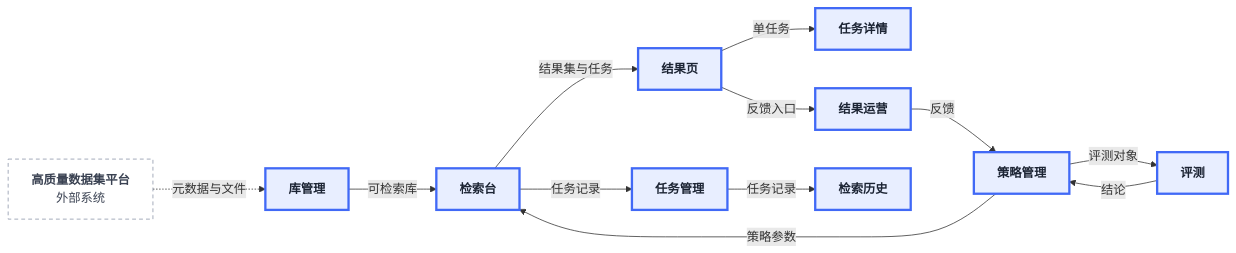
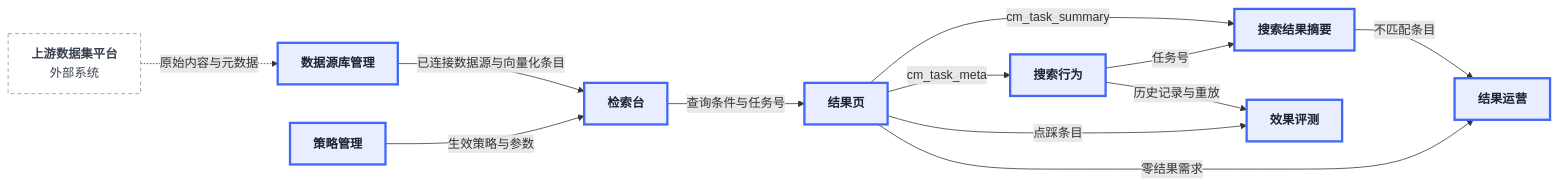
Before and after one commit to helichiyu/hyqx-cross-modal-retrieval: the tenth of 12 diagrams in docs/【数据流图】跨模态检索中心 · 系统数据流.md, drawn with Mermaid. The commit also changed other lines of this file and 10 other files, not shown here.

````diff
--- a/docs/【数据流图】跨模态检索中心 · 系统数据流.md
+++ b/docs/【数据流图】跨模态检索中心 · 系统数据流.md
@@ -381,19 +463,19 @@
 ```mermaid
 flowchart LR
-  EXT["<b>高质量数据集平台</b><br/>外部系统"] -.->|元数据与文件| KM["<b>库管理</b>"]
-  KM -->|可检索库| ST["<b>检索台</b>"]
-  ST -->|结果集与任务| RP["<b>结果页</b>"]
-  RP -->|单任务| TD["<b>任务详情</b>"]
-  ST -->|任务记录| TM["<b>任务管理</b>"]
-  TM -->|任务记录| TH["<b>检索历史</b>"]
-  RP -->|反馈入口| OP["<b>结果运营</b>"]
-  OP -->|反馈| SM["<b>策略管理</b>"]
-  SM -->|策略参数| ST
-  SM -->|评测对象| EV["<b>评测</b>"]
-  EV -->|结论| SM
+  EXT["<b>上游数据集平台</b><br/>外部系统"] -.->|原始内容与元数据| KM["<b>数据源库管理</b>"]
+  KM -->|已连接数据源与向量化条目| ST["<b>检索台</b>"]
+  SM["<b>策略管理</b>"] -->|生效策略与参数| ST
+  ST -->|查询条件与任务号| RP["<b>结果页</b>"]
+  RP -->|cm_task_meta| SB["<b>搜索行为</b>"]
+  RP -->|cm_task_summary| SD["<b>搜索结果摘要</b>"]
+  SB -->|任务号| SD
+  SD -->|不匹配条目| OP["<b>结果运营</b>"]
+  RP -->|零结果需求| OP
+  SB -->|历史记录与重放| EV["<b>效果评测</b>"]
+  RP -->|点踩条目| EV
 
   classDef l2 fill:#e8eeff,stroke:#4169f6,color:#1c2434,stroke-width:3px
   classDef ext fill:#ffffff,stroke:#8b93a7,color:#3a4252,stroke-dasharray: 5 4
-  class KM,ST,RP,TD,TM,TH,OP,SM,EV l2
+  class KM,SM,ST,RP,SB,SD,OP,EV l2
   class EXT ext
 ```
````
